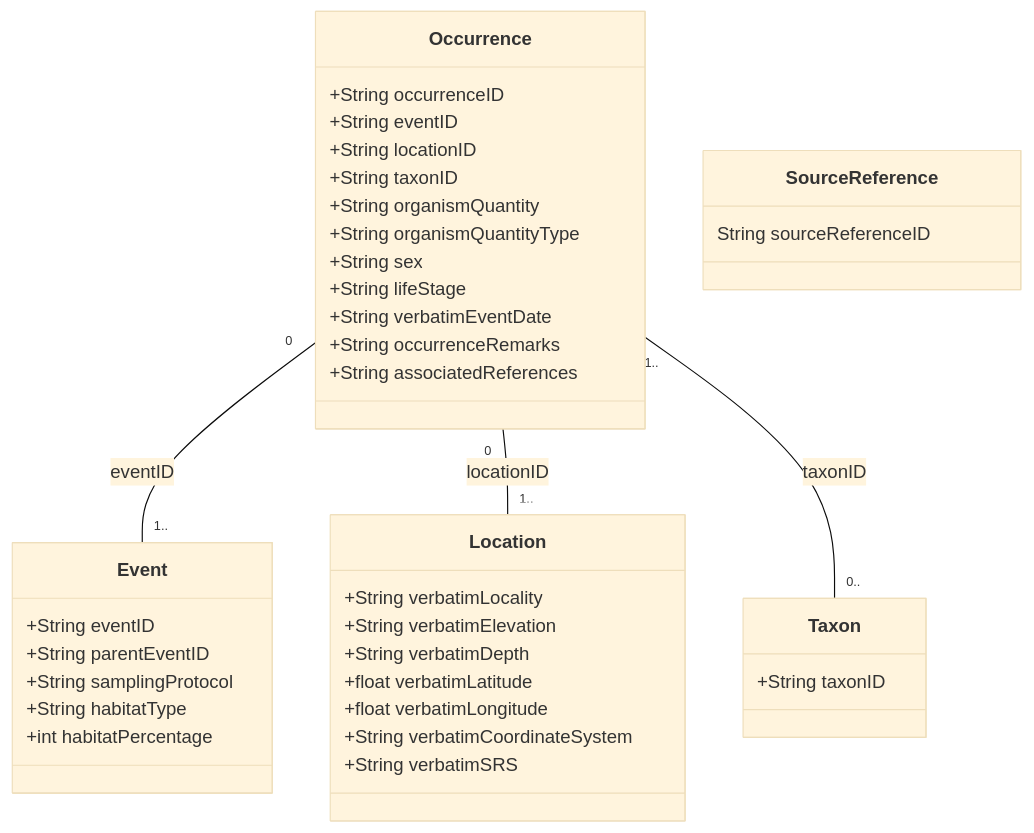
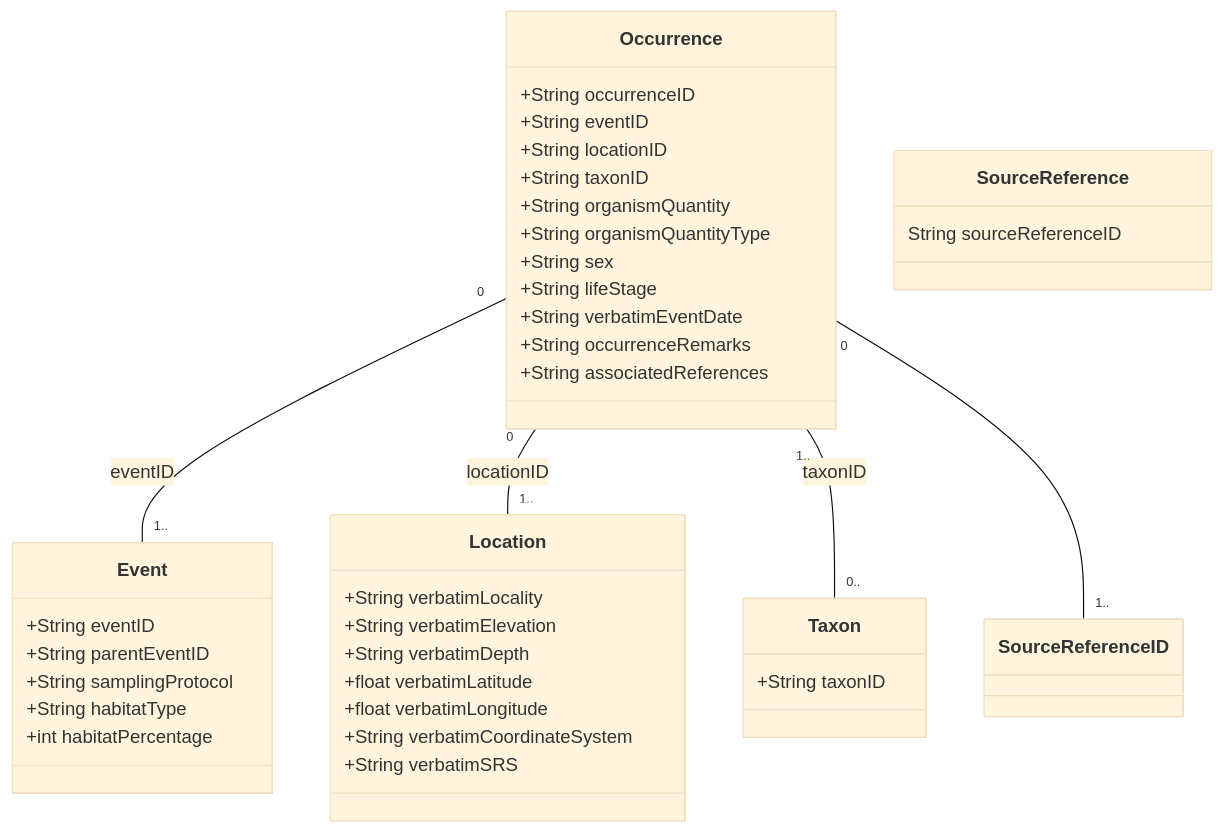
The diagram in documentation/models/models.md (karilint/mammalbase), drawn with Mermaid (base theme) before and after one commit.

Commit message:
Update models-file

````diff
--- a/documentation/models/models.md
+++ b/documentation/models/models.md
@@ -1,42 +1,43 @@
 ```mermaid
 classDiagram
     class Occurrence {
 		+String occurrenceID
 		+String eventID
 		+String locationID
 		+String taxonID
 		+String organismQuantity
 		+String organismQuantityType
 		+String sex
 		+String lifeStage
 		+String verbatimEventDate
 		+String occurrenceRemarks
 		+String associatedReferences
     }
     class Event {
 		+String eventID
 		+String parentEventID
 		+String samplingProtocol
 		+String habitatType
 		+int habitatPercentage
     }
     class Location {
       	+String verbatimLocality
 		+String verbatimElevation
 		+String verbatimDepth
 		+float verbatimLatitude
 		+float verbatimLongitude
 		+String verbatimCoordinateSystem
 		+String verbatimSRS
     }
     class Taxon {
       	+String taxonID
     }
 	class SourceReference {
 		String sourceReferenceID
 	}
 
     Occurrence "0" -- "1.." Event : eventID
     Occurrence "0" -- "1.." Location : locationID
     Occurrence "1.." -- "0.." Taxon : taxonID
+	Occurrence "0" -- "1.." SourceReferenceID
 ```
````
